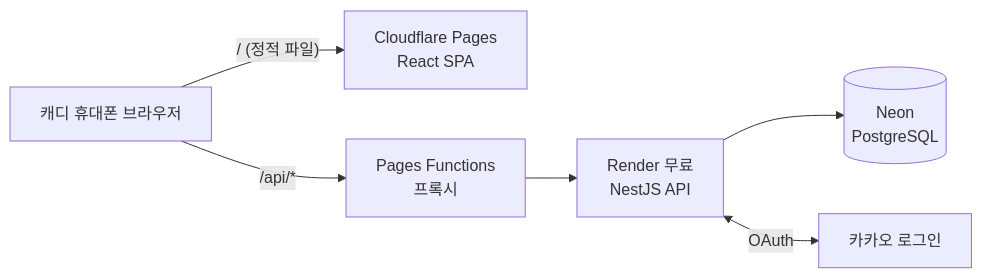
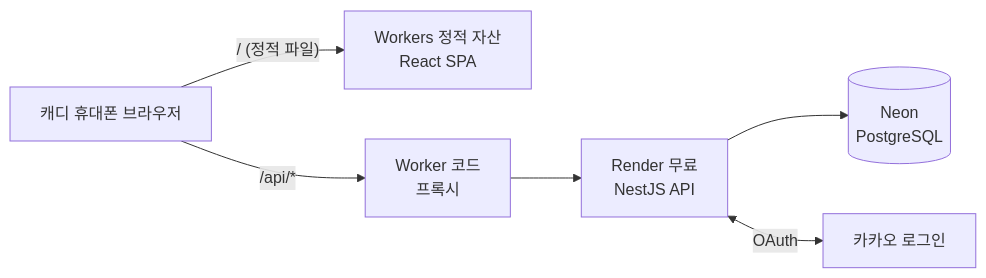
One commit to devHyeon99/caddy-haru changed the diagram in docs/03-decisions/ADR-0002-tech-stack.md. Above: the diagram before and after it, drawn with Mermaid. The commit also changed other lines of this file and 19 other files, not shown here.

First line of the commit message:
feat(web): Cloudflare Pages Functions를 Workers 정적 자산 + Worker 프록시로 전환 (ADR-0002 개정)

````diff
--- a/docs/03-decisions/ADR-0002-tech-stack.md
+++ b/docs/03-decisions/ADR-0002-tech-stack.md
@@ -58,8 +58,8 @@
 ```mermaid
 flowchart LR
-  U[캐디 휴대폰 브라우저] -->|"/ (정적 파일)"| CF[Cloudflare Pages<br/>React SPA]
-  U -->|"/api/*"| PF[Pages Functions<br/>프록시]
+  U[캐디 휴대폰 브라우저] -->|"/ (정적 파일)"| CF[Workers 정적 자산<br/>React SPA]
+  U -->|"/api/*"| PF[Worker 코드<br/>프록시]
   PF --> R[Render 무료<br/>NestJS API]
   R --> N[(Neon<br/>PostgreSQL)]
   R <-->|OAuth| K[카카오 로그인]
 ```
````
